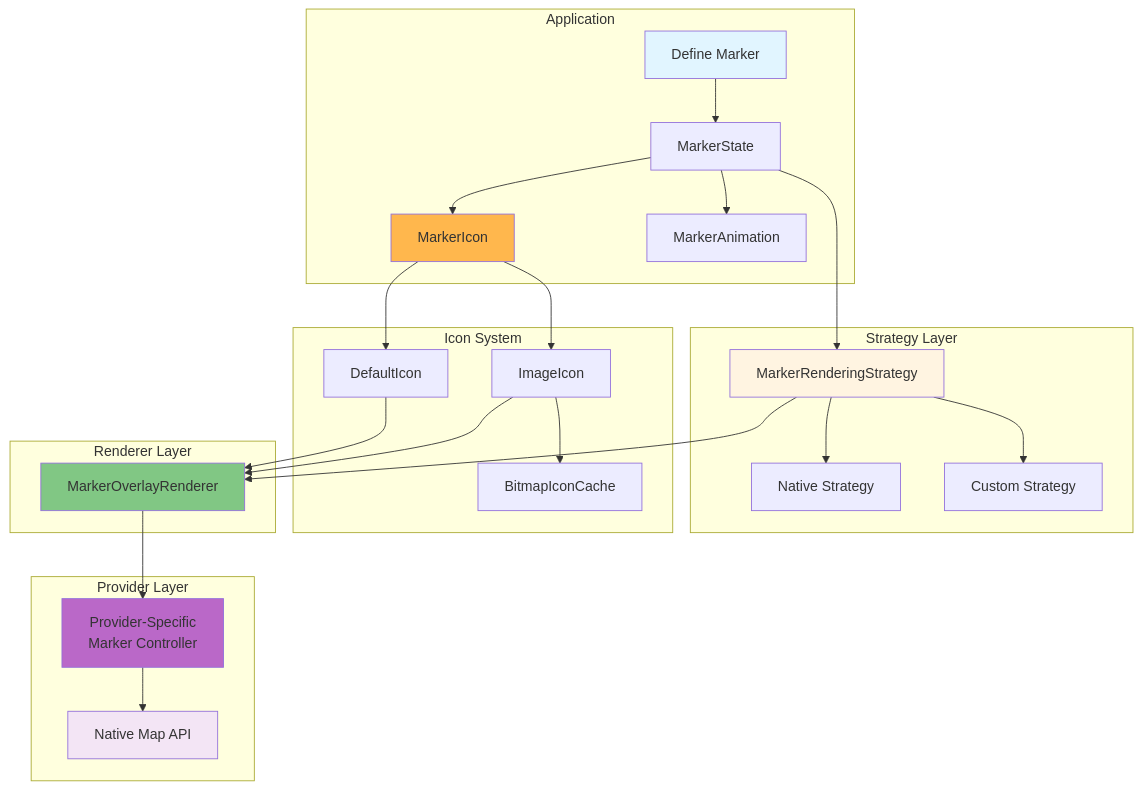
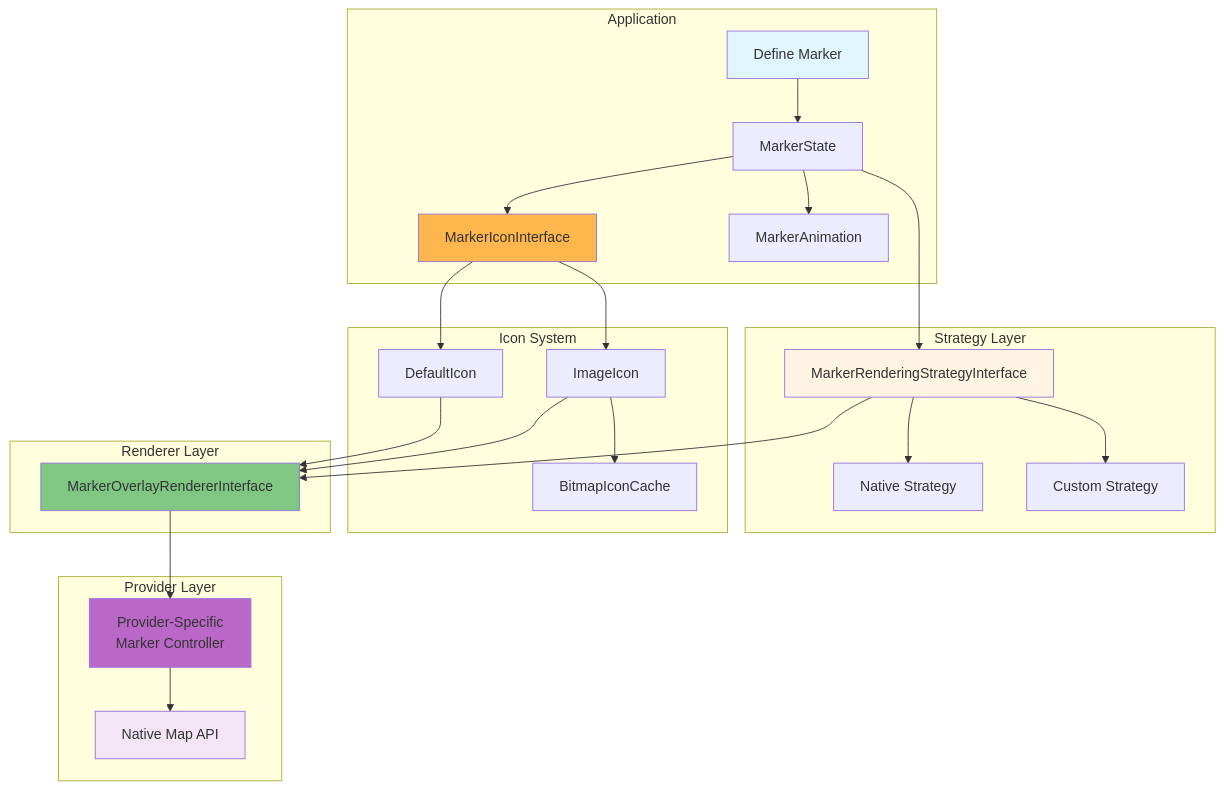
Before and after one commit to MapConductor/android-sdk: the ninth of 11 diagrams in ARCHITECTURE.md, drawn with Mermaid. The commit also changed other lines of this file and 596 other files, not shown here.

````diff
--- a/ARCHITECTURE.md
+++ b/ARCHITECTURE.md
@@ -508,56 +508,56 @@
 ```mermaid
 graph TB
     subgraph Application
         APP[Define Marker]
         MARKER_STATE[MarkerState]
-        ICON[MarkerIcon]
+        ICON[MarkerIconInterface]
         ANIM[MarkerAnimation]
     end
 
     subgraph Strategy Layer
-        STRATEGY[MarkerRenderingStrategy]
+        STRATEGY[MarkerRenderingStrategyInterface]
         NATIVE_STRAT[Native Strategy]
         CUSTOM_STRAT[Custom Strategy]
     end
 
     subgraph Icon System
         DEFAULT_ICON[DefaultIcon]
         IMAGE_ICON[ImageIcon]
         BITMAP_CACHE[BitmapIconCache]
     end
 
     subgraph Renderer Layer
-        RENDERER[MarkerOverlayRenderer]
+        RENDERER[MarkerOverlayRendererInterface]
     end
 
     subgraph Provider Layer
         PROVIDER[Provider-Specific<br/>Marker Controller]
         NATIVE_API[Native Map API]
     end
 
     APP --> MARKER_STATE
     MARKER_STATE --> ICON
     MARKER_STATE --> ANIM
 
     MARKER_STATE --> STRATEGY
     STRATEGY --> NATIVE_STRAT
     STRATEGY --> CUSTOM_STRAT
 
     ICON --> DEFAULT_ICON
     ICON --> IMAGE_ICON
     IMAGE_ICON --> BITMAP_CACHE
 
     STRATEGY --> RENDERER
     DEFAULT_ICON --> RENDERER
     IMAGE_ICON --> RENDERER
 
     RENDERER --> PROVIDER
     PROVIDER --> NATIVE_API
 
     style APP fill:#e1f5ff
     style STRATEGY fill:#fff4e1
     style ICON fill:#ffb74d
     style RENDERER fill:#81c784
     style PROVIDER fill:#ba68c8
     style NATIVE_API fill:#f3e5f5
 ```
````
